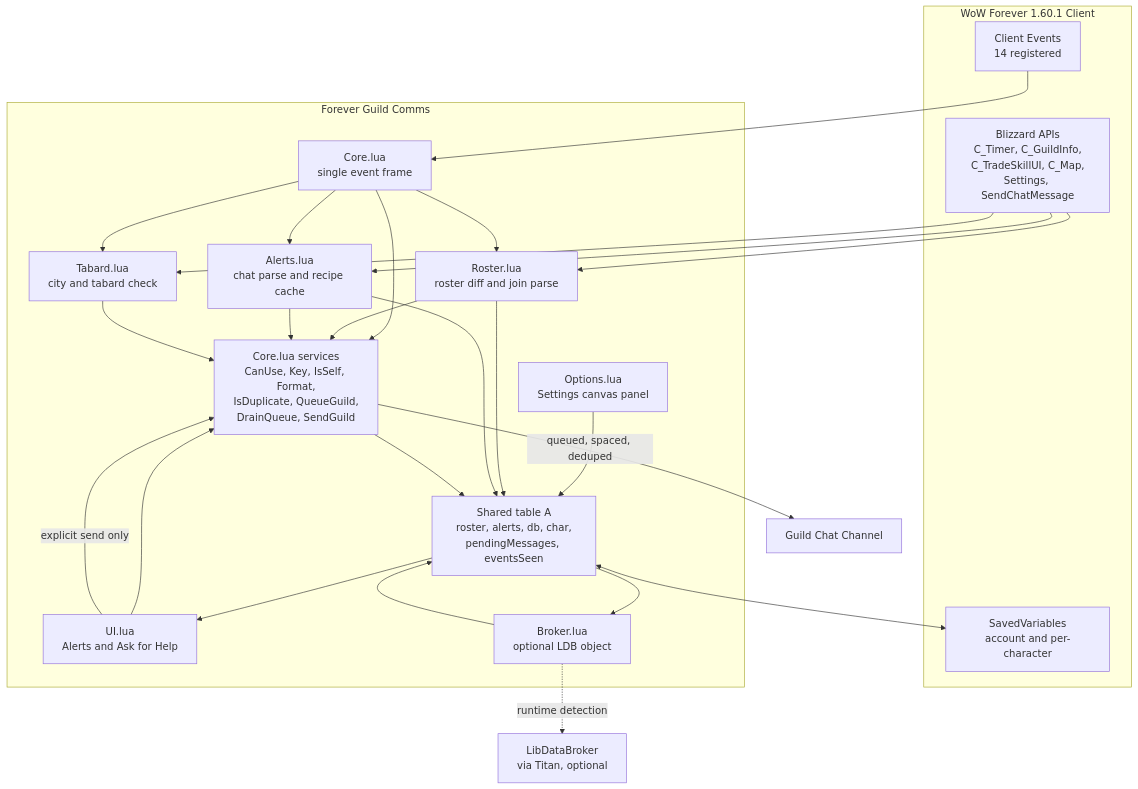
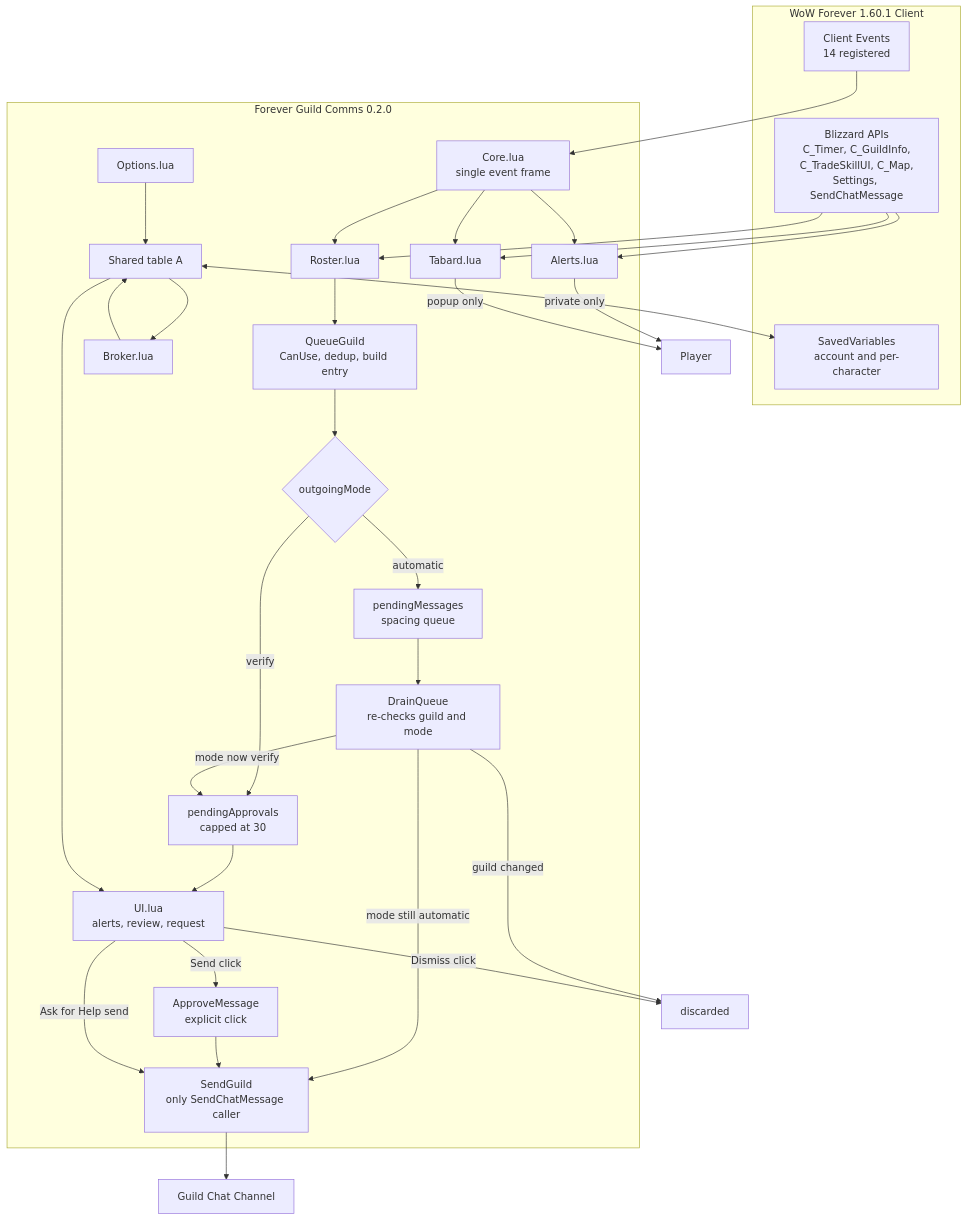
The first of 5 diagrams in aidlc-docs/inception/reverse-engineering/architecture.md (mreillyorg/ForeverGuildComms), drawn with Mermaid before and after one commit. The commit also changed other lines of this file and 21 other files, not shown here.

````diff
--- a/aidlc-docs/inception/reverse-engineering/architecture.md
+++ b/aidlc-docs/inception/reverse-engineering/architecture.md
@@ -43,50 +78,60 @@
 ```mermaid
 flowchart TD
     subgraph Client["WoW Forever 1.60.1 Client"]
         Events["Client Events<br/>14 registered"]
         API["Blizzard APIs<br/>C_Timer, C_GuildInfo,<br/>C_TradeSkillUI, C_Map,<br/>Settings, SendChatMessage"]
         SV["SavedVariables<br/>account and per-character"]
     end
 
-    subgraph Addon["Forever Guild Comms"]
+    subgraph Addon["Forever Guild Comms 0.2.0"]
         Dispatcher["Core.lua<br/>single event frame"]
-        CoreSvc["Core.lua services<br/>CanUse, Key, IsSelf, Format,<br/>IsDuplicate, QueueGuild,<br/>DrainQueue, SendGuild"]
-        Roster["Roster.lua<br/>roster diff and join parse"]
-        Alerts["Alerts.lua<br/>chat parse and recipe cache"]
-        Tabard["Tabard.lua<br/>city and tabard check"]
-        UI["UI.lua<br/>Alerts and Ask for Help"]
-        Options["Options.lua<br/>Settings canvas panel"]
-        Broker["Broker.lua<br/>optional LDB object"]
-        State["Shared table A<br/>roster, alerts, db, char,<br/>pendingMessages, eventsSeen"]
+        Gate["QueueGuild<br/>CanUse, dedup, build entry"]
+        Mode{"outgoingMode"}
+        AutoQ["pendingMessages<br/>spacing queue"]
+        Drain["DrainQueue<br/>re-checks guild and mode"]
+        Backlog["pendingApprovals<br/>capped at 30"]
+        Approve["ApproveMessage<br/>explicit click"]
+        Send["SendGuild<br/>only SendChatMessage caller"]
+        Roster["Roster.lua"]
+        Alerts["Alerts.lua"]
+        Tabard["Tabard.lua"]
+        UI["UI.lua<br/>alerts, review, request"]
+        Options["Options.lua"]
+        Broker["Broker.lua"]
+        State["Shared table A"]
     end
 
     GuildChat["Guild Chat Channel"]
-    LDB["LibDataBroker<br/>via Titan, optional"]
+    Player["Player"]
 
     Events --> Dispatcher
     Dispatcher --> Roster
     Dispatcher --> Alerts
     Dispatcher --> Tabard
-    Dispatcher --> CoreSvc
 
-    Roster --> CoreSvc
-    Alerts --> CoreSvc
-    Tabard --> CoreSvc
-    UI --> CoreSvc
+    Roster --> Gate
+    Gate --> Mode
+    Mode -->|"automatic"| AutoQ
+    Mode -->|"verify"| Backlog
+    AutoQ --> Drain
+    Drain -->|"mode still automatic"| Send
+    Drain -->|"mode now verify"| Backlog
+    Drain -->|"guild changed"| Discard["discarded"]
+    Backlog --> UI
+    UI -->|"Send click"| Approve
+    UI -->|"Dismiss click"| Discard
+    Approve --> Send
+    UI -->|"Ask for Help send"| Send
+    Send --> GuildChat
+
+    Alerts -->|"private only"| Player
+    Tabard -->|"popup only"| Player
     Options --> State
     Broker --> State
-
-    Roster --> State
-    Alerts --> State
-    CoreSvc --> State
     State --> UI
     State --> Broker
-
-    CoreSvc -->|"queued, spaced, deduped"| GuildChat
-    UI -->|"explicit send only"| CoreSvc
     API --> Roster
     API --> Alerts
     API --> Tabard
     State <--> SV
-    Broker -.->|"runtime detection"| LDB
 ```
````
